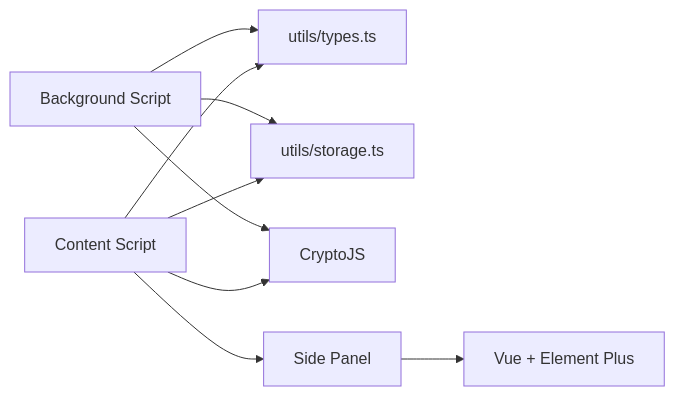
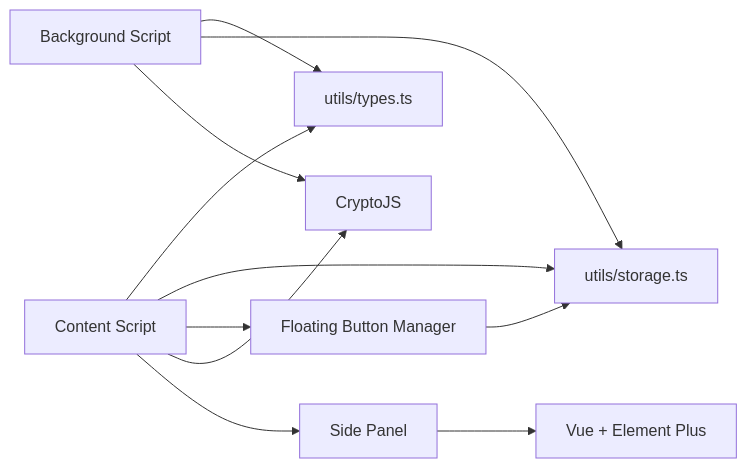
Before and after one commit to liaolongdong/account-password-helper: the third of 3 diagrams in .qoder/repowiki/zh/content/扩展入口点/Content Script.md, drawn with Mermaid. The commit also changed other lines of this file and 23 other files, not shown here.

````diff
--- a/.qoder/repowiki/zh/content/扩展入口点/Content Script.md
+++ b/.qoder/repowiki/zh/content/扩展入口点/Content Script.md
@@ -201,17 +290,20 @@
 ```mermaid
 graph LR
 CS["Content Script"]
 BG["Background Script"]
 TYPES["utils/types.ts"]
 STORE["utils/storage.ts"]
+FBM["Floating Button Manager"]
 VUE["Vue + Element Plus"]
 CRYPTO["CryptoJS"]
 CS --> TYPES
 BG --> TYPES
 CS --> STORE
 BG --> STORE
+CS --> FBM
+FBM --> STORE
 CS --> CRYPTO
 BG --> CRYPTO
 SP["Side Panel"] --> VUE
 CS --> SP
 ```
````
